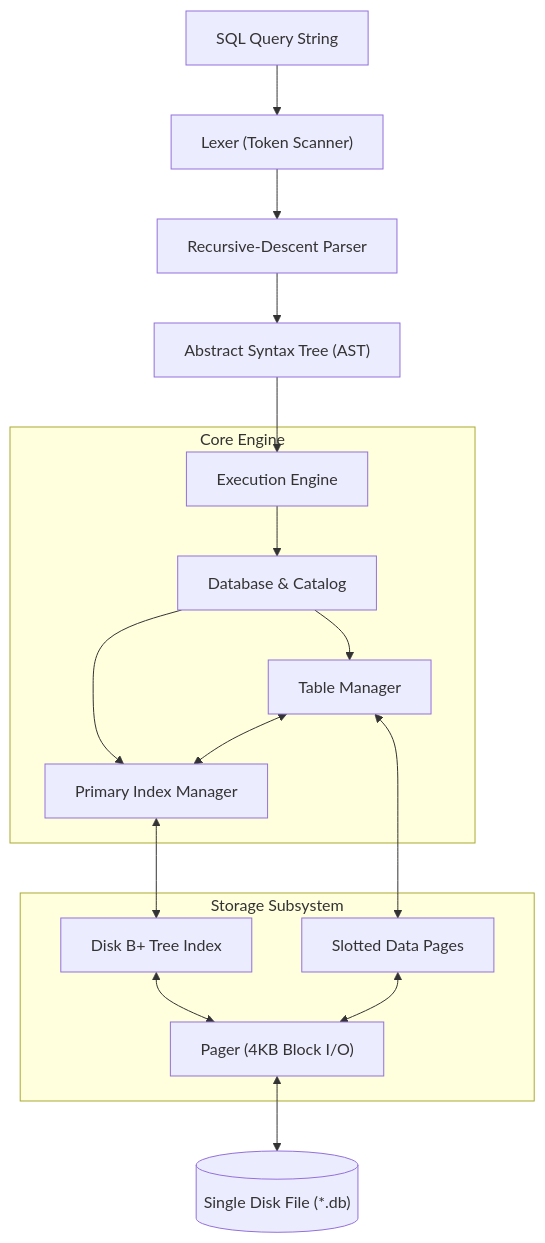
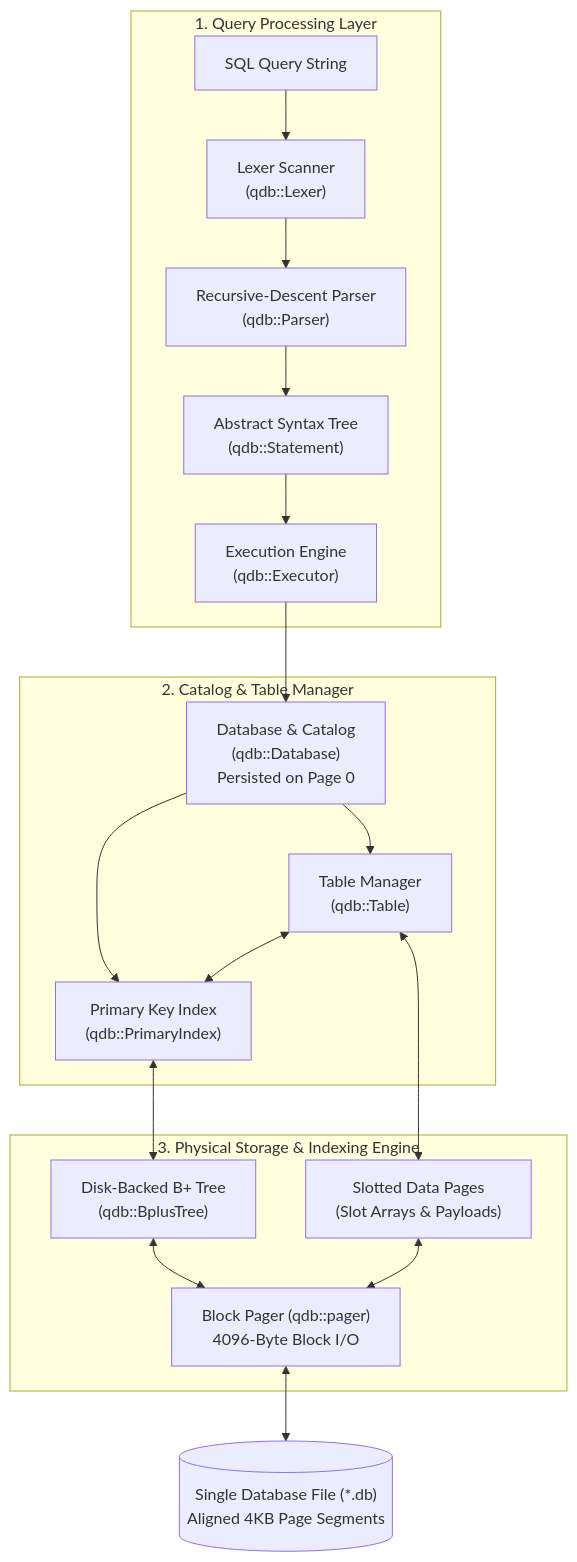
Before and after one commit to KAAZamapiloT/QUARTZ_DB: the diagram in docs/guide/what-is-quartz.md, drawn with Mermaid. The commit also changed other lines of this file and 9 other files, not shown here.

Commit message:
Enhance system & architecture diagrams true to codebase

````diff
--- a/docs/guide/what-is-quartz.md
+++ b/docs/guide/what-is-quartz.md
@@ -15,23 +15,25 @@
 ```mermaid
-flowchart TD
-    SQL["SQL Query String"] --> Lexer["Lexer (Token Scanner)"]
-    Lexer --> Parser["Recursive-Descent Parser"]
-    Parser --> AST["Abstract Syntax Tree (AST)"]
-    AST --> Executor["Execution Engine"]
+graph TB
+    subgraph Frontend ["1. Query Processing Layer"]
+        SQL["SQL Query String"] --> Lexer["Lexer Scanner<br>(qdb::Lexer)"]
+        Lexer --> Parser["Recursive-Descent Parser<br>(qdb::Parser)"]
+        Parser --> AST["Abstract Syntax Tree<br>(qdb::Statement)"]
+        AST --> Executor["Execution Engine<br>(qdb::Executor)"]
+    end
     
-    subgraph Core Engine
-        Executor --> Database["Database & Catalog"]
-        Database --> Table["Table Manager"]
-        Database --> PrimaryIndex["Primary Index Manager"]
+    subgraph CatalogLayer ["2. Catalog & Table Manager"]
+        Executor --> Database["Database & Catalog<br>(qdb::Database)<br>Persisted on Page 0"]
+        Database --> Table["Table Manager<br>(qdb::Table)"]
+        Database --> PrimaryIndex["Primary Key Index<br>(qdb::PrimaryIndex)"]
         Table <--> PrimaryIndex
     end
 
-    subgraph Storage Subsystem
-        PrimaryIndex <--> BPlusTree["Disk B+ Tree Index"]
-        Table <--> Record["Slotted Data Pages"]
-        BPlusTree <--> Pager["Pager (4KB Block I/O)"]
+    subgraph StorageSubsystem ["3. Physical Storage & Indexing Engine"]
+        PrimaryIndex <--> BPlusTree["Disk-Backed B+ Tree<br>(qdb::BplusTree)"]
+        Table <--> Record["Slotted Data Pages<br>(Slot Arrays & Payloads)"]
+        BPlusTree <--> Pager["Block Pager (qdb::pager)<br>4096-Byte Block I/O"]
         Record <--> Pager
     end
 
-    Pager <--> Disk[("Single Disk File (*.db)")]
+    Pager <--> Disk[("Single Database File (*.db)<br>Aligned 4KB Page Segments")]
 ```
````
